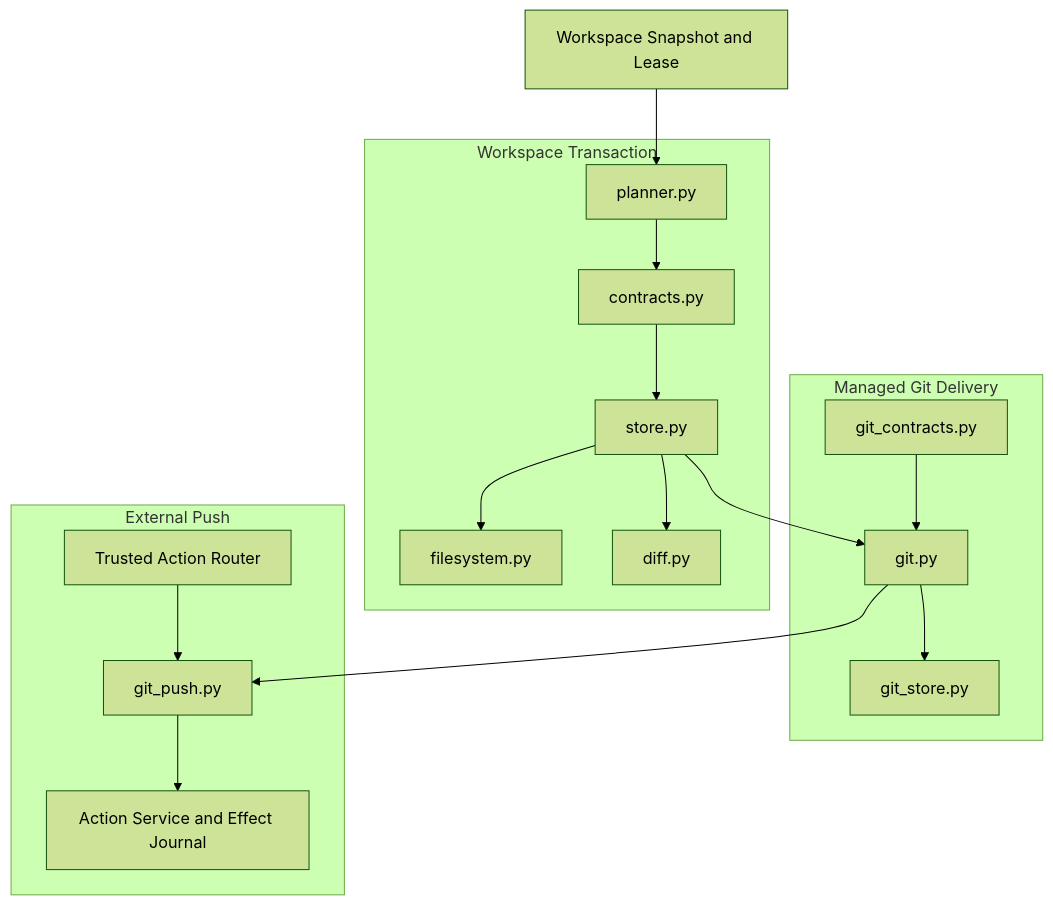
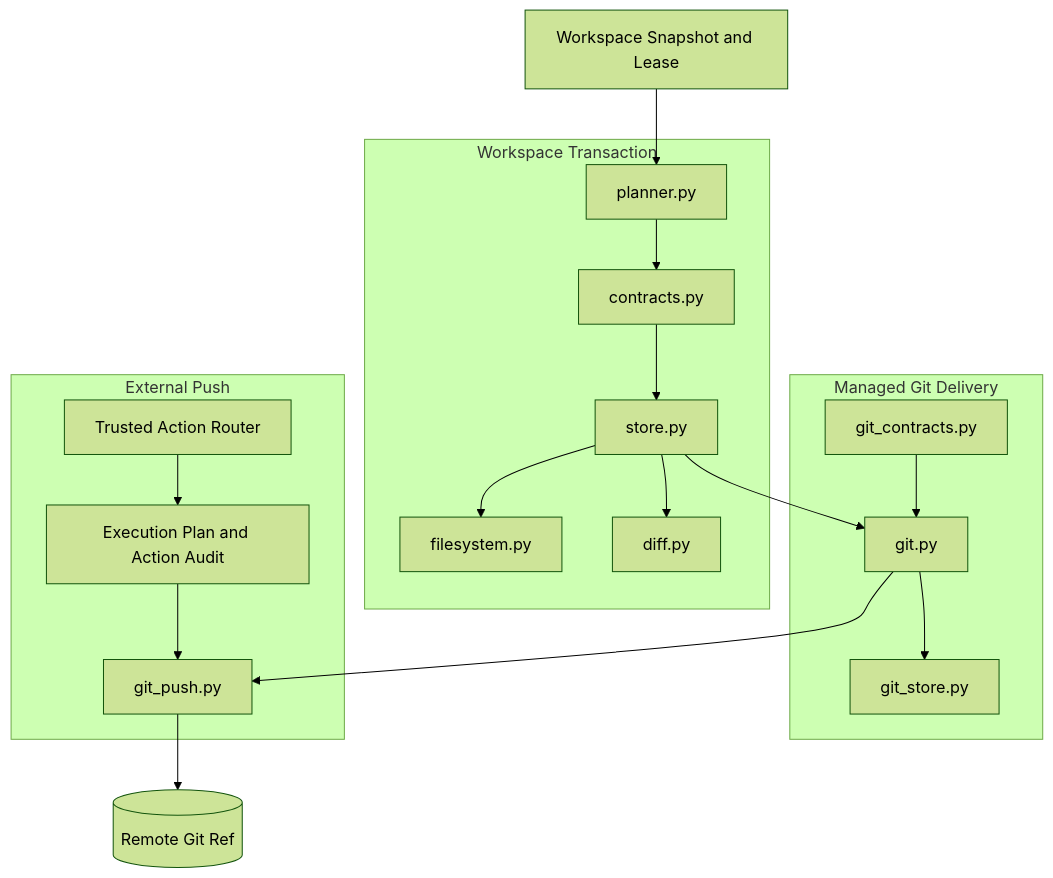
Before and after one commit to carrie1988/Harnessix: the second of 18 diagrams in docs/modules/delivery.md, drawn with Mermaid (forest theme). The commit also changed other lines of this file and 16 other files, not shown here.

Commit message:
refactor: 将 Git Push 收敛至 Trusted Action

````diff
--- a/docs/modules/delivery.md
+++ b/docs/modules/delivery.md
@@ -233,28 +233,29 @@
 ```mermaid
 flowchart TB
     subgraph Transaction[Workspace Transaction]
         Contracts[contracts.py]
         Planner[planner.py]
         Store[store.py]
         Filesystem[filesystem.py]
         Diff[diff.py]
     end
     subgraph GitLocal[Managed Git Delivery]
         GitContracts[git_contracts.py]
         GitStore[git_store.py]
         GitRuntime[git.py]
     end
     subgraph GitRemote[External Push]
         Push[git_push.py]
         Trusted[Trusted Action Router]
-        Effect[Action Service and Effect Journal]
+        Audit[Execution Plan and Action Audit]
     end
     Workspace[Workspace Snapshot and Lease] --> Planner
     Planner --> Contracts --> Store
     Store --> Filesystem
     Store --> Diff
     Store --> GitRuntime
     GitContracts --> GitRuntime --> GitStore
     GitRuntime --> Push
-    Trusted --> Push --> Effect
+    Trusted --> Audit
+    Audit --> Push --> Remote[(Remote Git Ref)]
 ```
````
